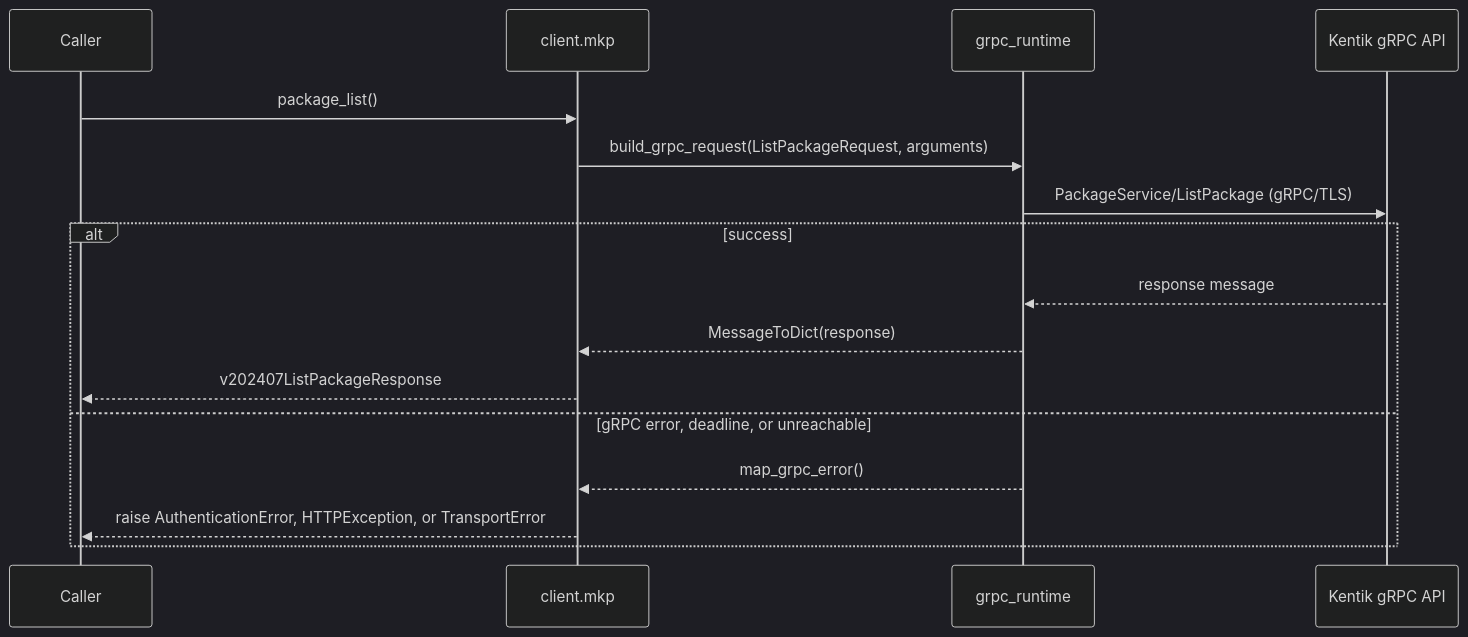
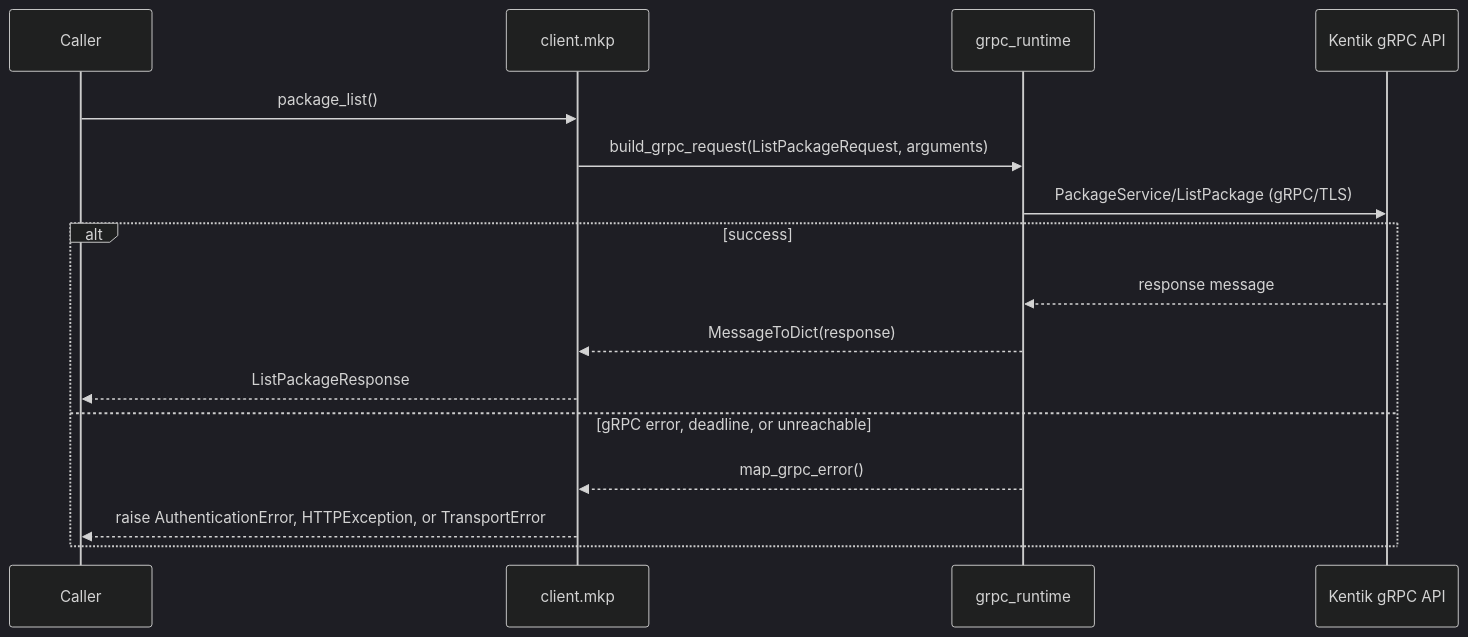
One commit to alexdearaujo/community_sdk_python changed the third of 30 diagrams in docs/sphinx/services/mkp.md. Above: the diagram before and after it, drawn with Mermaid (dark theme). The commit also changed other lines of this file and 38 other files, not shown here.

````diff
--- a/docs/sphinx/services/mkp.md
+++ b/docs/sphinx/services/mkp.md
@@ -61,19 +61,19 @@
 ```mermaid
 sequenceDiagram
     participant C as Caller
     participant W as client.mkp
     participant R as grpc_runtime
     participant API as Kentik gRPC API
 
     C->>W: package_list()
     W->>R: build_grpc_request(ListPackageRequest, arguments)
     R->>API: PackageService/ListPackage (gRPC/TLS)
     alt success
         API-->>R: response message
         R-->>W: MessageToDict(response)
-        W-->>C: v202407ListPackageResponse
+        W-->>C: ListPackageResponse
     else gRPC error, deadline, or unreachable
         R-->>W: map_grpc_error()
         W-->>C: raise AuthenticationError, HTTPException, or TransportError
     end
 ```
````
